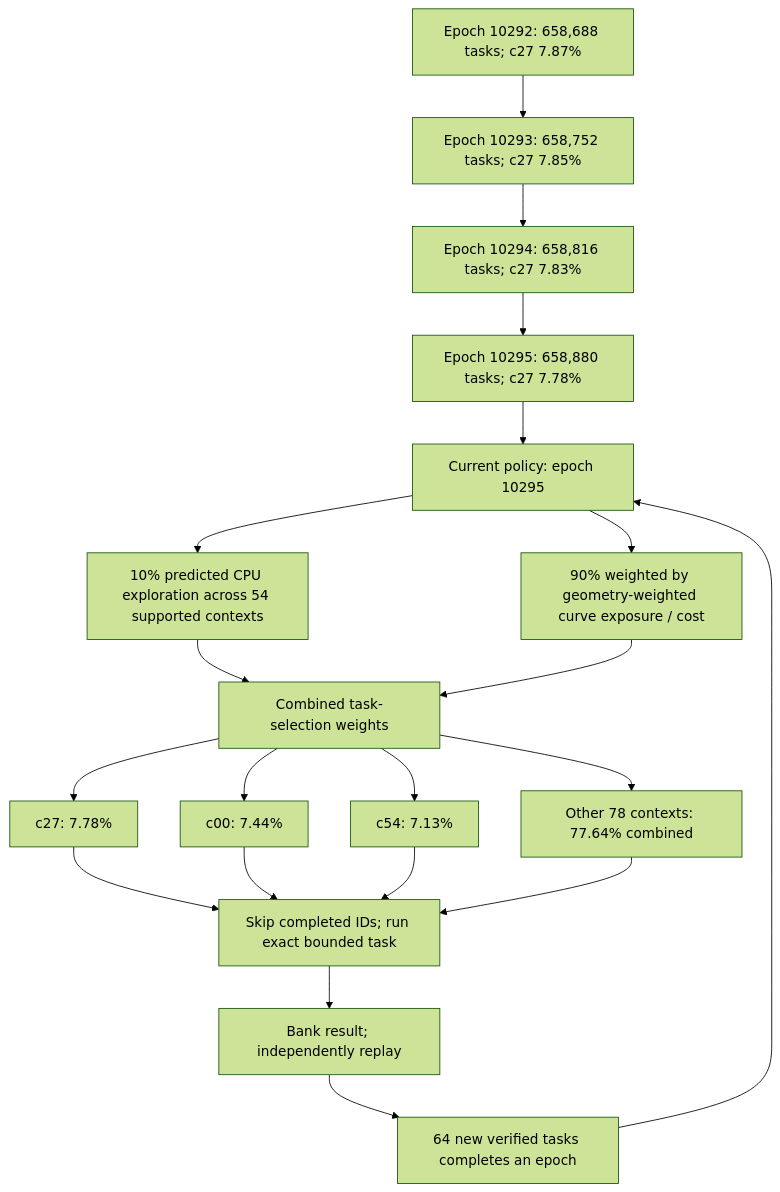
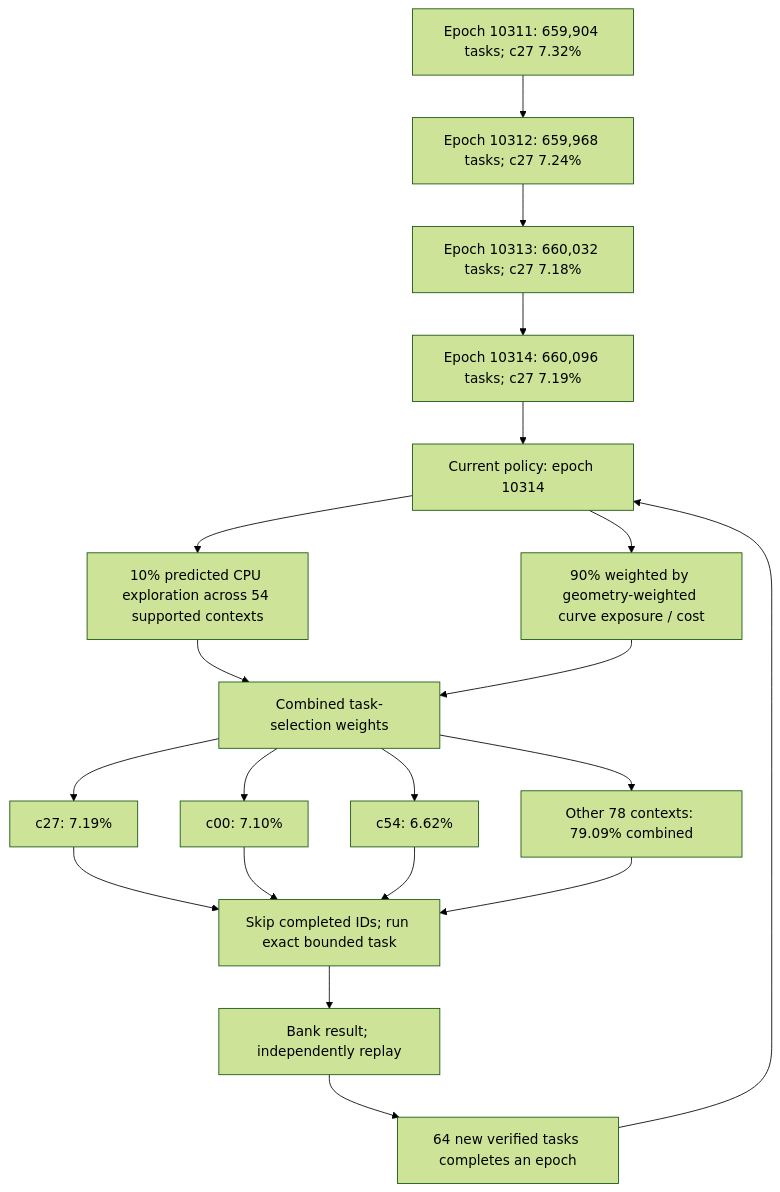
Before and after one commit to Kuberwastaken/math-gambling: the first of 4 diagrams in README.md, drawn with Mermaid (forest theme). The commit also changed other lines of this file and 4567 other files, not shown here.

````diff
--- a/README.md
+++ b/README.md
@@ -60,27 +60,27 @@
 ```mermaid
 flowchart TD
-    H0["Epoch 10292: 658,688 tasks; c27 7.87%"]
-    H1["Epoch 10293: 658,752 tasks; c27 7.85%"]
+    H0["Epoch 10311: 659,904 tasks; c27 7.32%"]
+    H1["Epoch 10312: 659,968 tasks; c27 7.24%"]
     H0 --> H1
-    H2["Epoch 10294: 658,816 tasks; c27 7.83%"]
+    H2["Epoch 10313: 660,032 tasks; c27 7.18%"]
     H1 --> H2
-    H3["Epoch 10295: 658,880 tasks; c27 7.78%"]
+    H3["Epoch 10314: 660,096 tasks; c27 7.19%"]
     H2 --> H3
-    Policy["Current policy: epoch 10295"]
+    Policy["Current policy: epoch 10314"]
     H3 --> Policy
     Policy --> Explore["10% predicted CPU exploration across 54 supported contexts"]
     Policy --> Cost["90% weighted by geometry-weighted curve exposure / cost"]
     Explore --> Mix["Combined task-selection weights"]
     Cost --> Mix
-    Mix --> C0["c27: 7.78%"]
-    Mix --> C1["c00: 7.44%"]
-    Mix --> C2["c54: 7.13%"]
-    Mix --> Rest["Other 78 contexts: 77.64% combined"]
+    Mix --> C0["c27: 7.19%"]
+    Mix --> C1["c00: 7.10%"]
+    Mix --> C2["c54: 6.62%"]
+    Mix --> Rest["Other 78 contexts: 79.09% combined"]
     C0 --> Check["Skip completed IDs; run exact bounded task"]
     C1 --> Check
     C2 --> Check
     Rest --> Check
     Check --> Replay["Bank result; independently replay"]
     Replay --> Gate["64 new verified tasks completes an epoch"]
     Gate --> Policy
 ```
````
